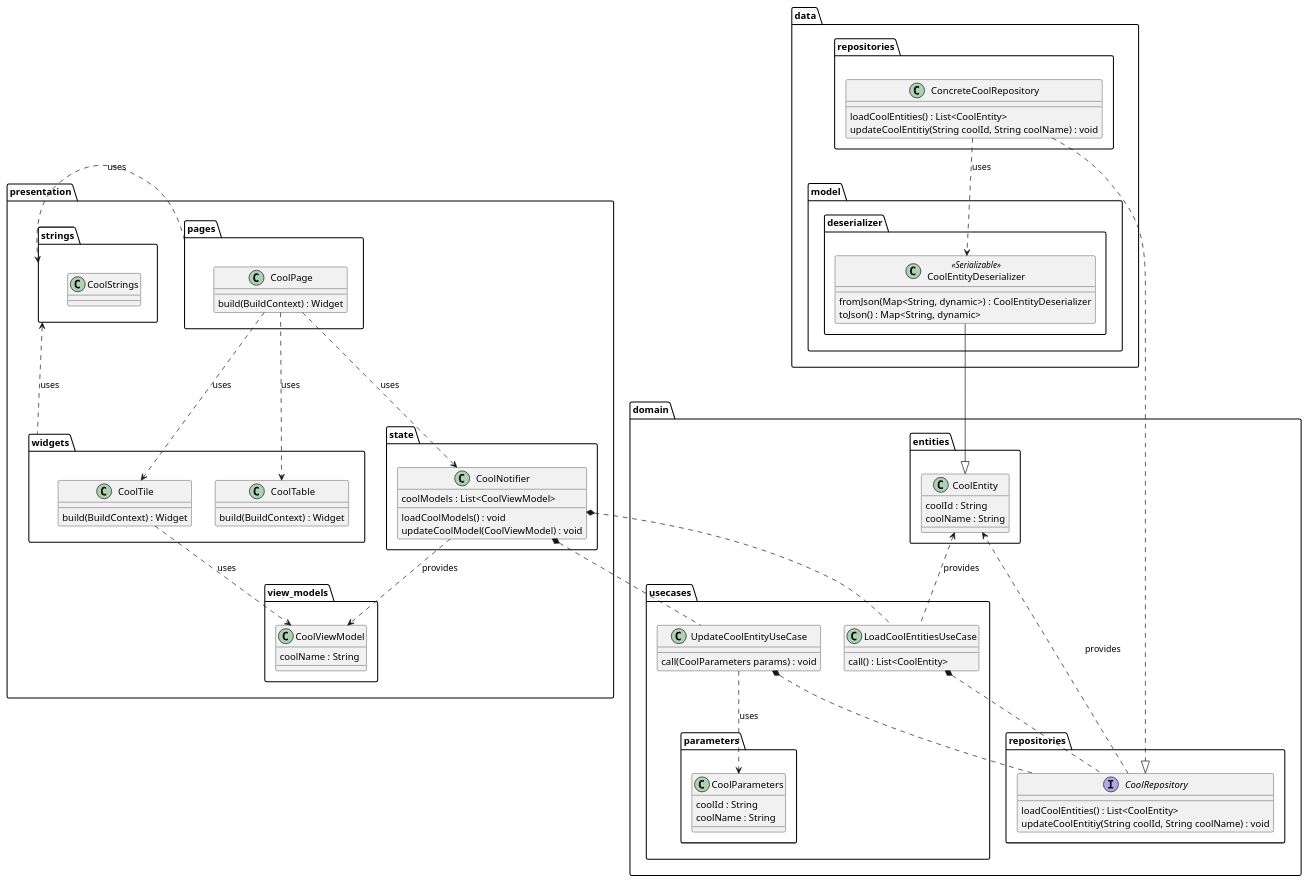
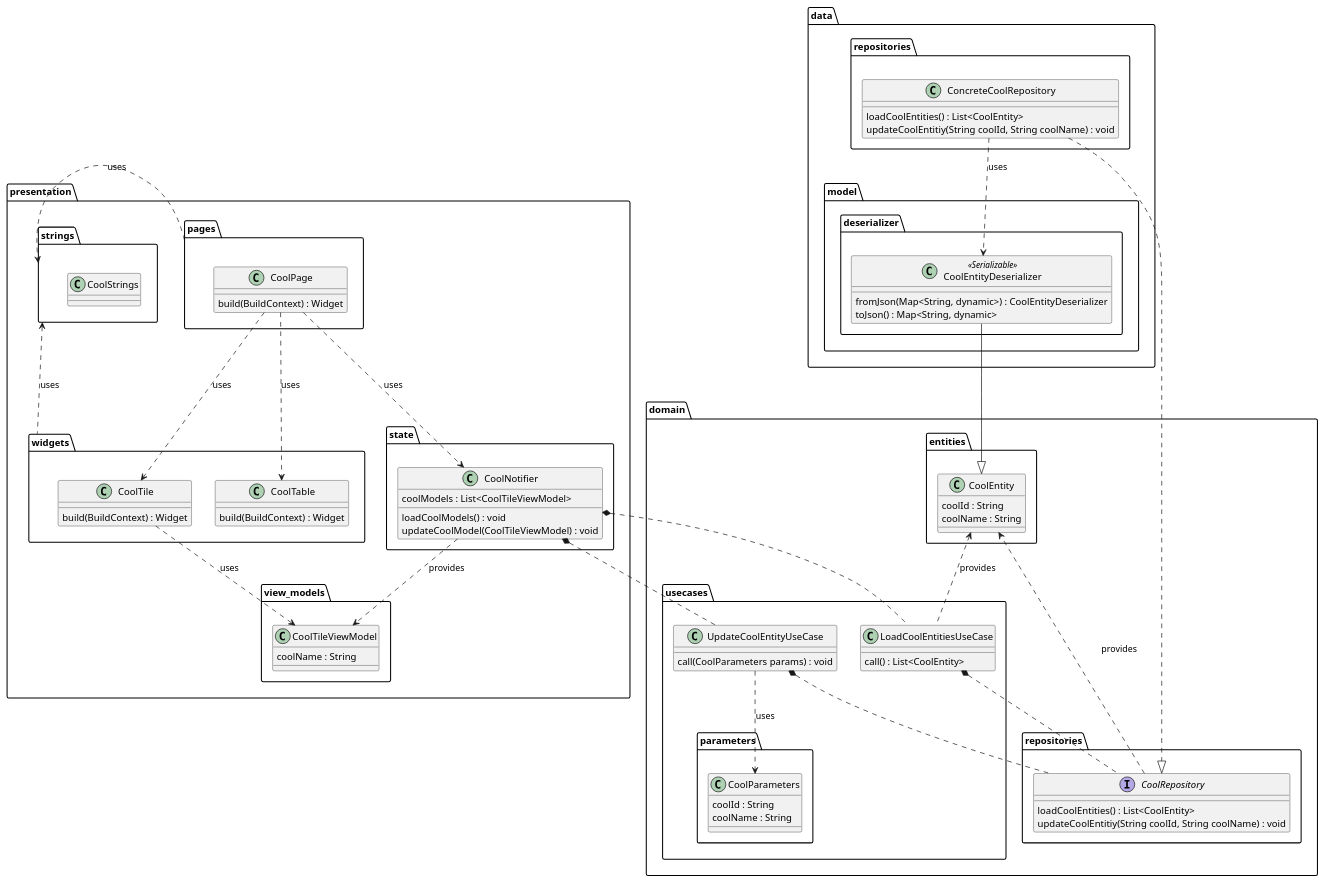
One commit to Flank/flank-dashboard changed the diagram in metrics/web/docs/diagrams/web_architecture_class_diagram.puml. Above: the diagram before and after it, drawn with PlantUML. The commit also changed 5 other files, not shown here.

Commit message:
fixes according to review suggestions + fix diagram links

```diff
--- a/metrics/web/docs/diagrams/web_architecture_class_diagram.puml
+++ b/metrics/web/docs/diagrams/web_architecture_class_diagram.puml
@@ -1,115 +1,115 @@
 @startuml theme_data_class_diagram
 
 package data {
     package model.deserializer {
         class CoolEntityDeserializer <<Serializable>> {
             fromJson(Map<String, dynamic>) : CoolEntityDeserializer
             toJson() : Map<String, dynamic>
         }
     }
 
     package data.repositories {
         class ConcreteCoolRepository {
             loadCoolEntities() : List<CoolEntity>
             updateCoolEntitiy(String coolId, String coolName) : void
         }
     }
 }
 
 package domain {
 
     package entities {
         class CoolEntity {
             coolId : String
             coolName : String
         }
     }
 
     package usecases {
         package parameters {
             class CoolParameters {
                 coolId : String
                 coolName : String
             }
         }
 
         class LoadCoolEntitiesUseCase {
             call() : List<CoolEntity>
         }
 
         class UpdateCoolEntityUseCase {
             call(CoolParameters params) : void
         }
     }
 
     package repositories {
         interface CoolRepository {
             loadCoolEntities() : List<CoolEntity>
             updateCoolEntitiy(String coolId, String coolName) : void
         }
     }
 }
 
 package presentation {
     package view_models {
-        class CoolViewModel {
+        class CoolTileViewModel {
             coolName : String
         }
     }
 
     package pages {
         class CoolPage {
             build(BuildContext) : Widget
         }
     }
 
     package state {
         class CoolNotifier {
-            coolModels : List<CoolViewModel>
+            coolModels : List<CoolTileViewModel>
 
             loadCoolModels() : void
-            updateCoolModel(CoolViewModel) : void
+            updateCoolModel(CoolTileViewModel) : void
         }
     }
 
     package strings {
         class CoolStrings {}
     }
 
     package widgets {
         class CoolTile {
             build(BuildContext) : Widget
         }
 
         class CoolTable {
             build(BuildContext) : Widget
         }
     }
 
 }
 
 ConcreteCoolRepository ..|> CoolRepository
 ConcreteCoolRepository ..> CoolEntityDeserializer : uses
 
 CoolRepository ..> CoolEntity : provides
 
 CoolEntityDeserializer --|> CoolEntity
 
 LoadCoolEntitiesUseCase *.. CoolRepository
 UpdateCoolEntityUseCase *.. CoolRepository
 LoadCoolEntitiesUseCase .up.> CoolEntity : provides
 UpdateCoolEntityUseCase ..> CoolParameters : uses
 
 CoolNotifier *.. UpdateCoolEntityUseCase
 CoolNotifier *.. LoadCoolEntitiesUseCase
-CoolNotifier ..> CoolViewModel : provides
+CoolNotifier ..> CoolTileViewModel : provides
 
 CoolPage ..> CoolNotifier : uses
 CoolPage ..> CoolTile : uses
 CoolPage ..> CoolTable : uses
-CoolTile ..> CoolViewModel : uses
+CoolTile ..> CoolTileViewModel : uses
 
 pages .right.> strings : uses
 widgets .up.> strings : uses
 
 @enduml
```
